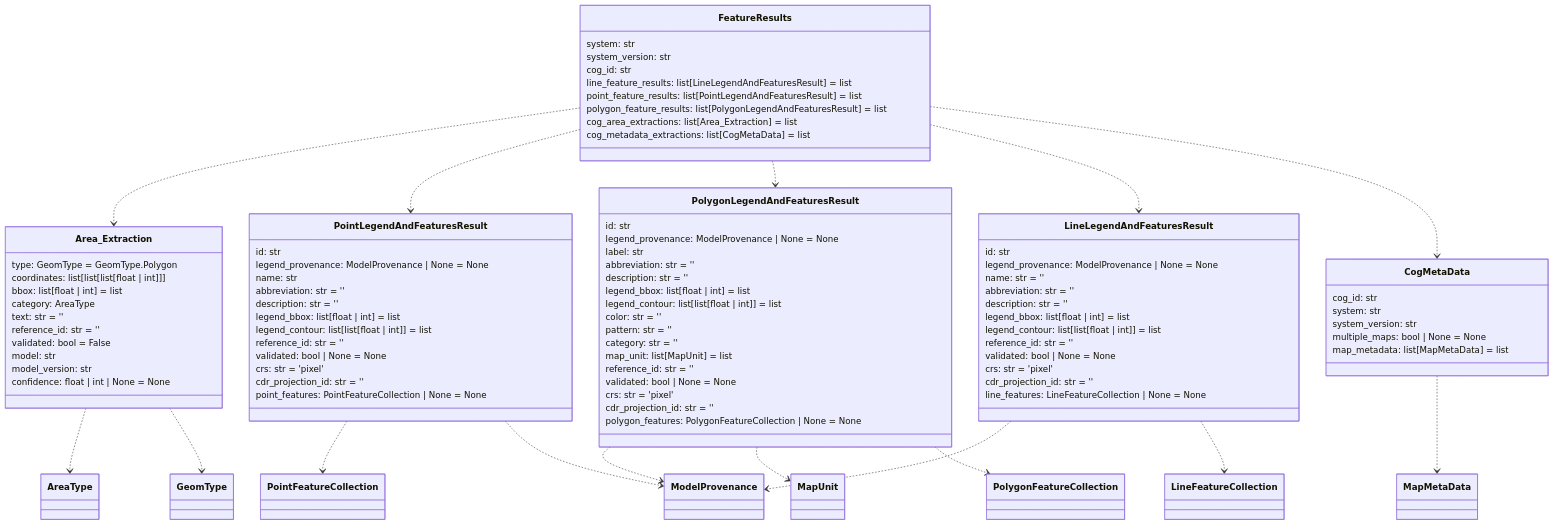
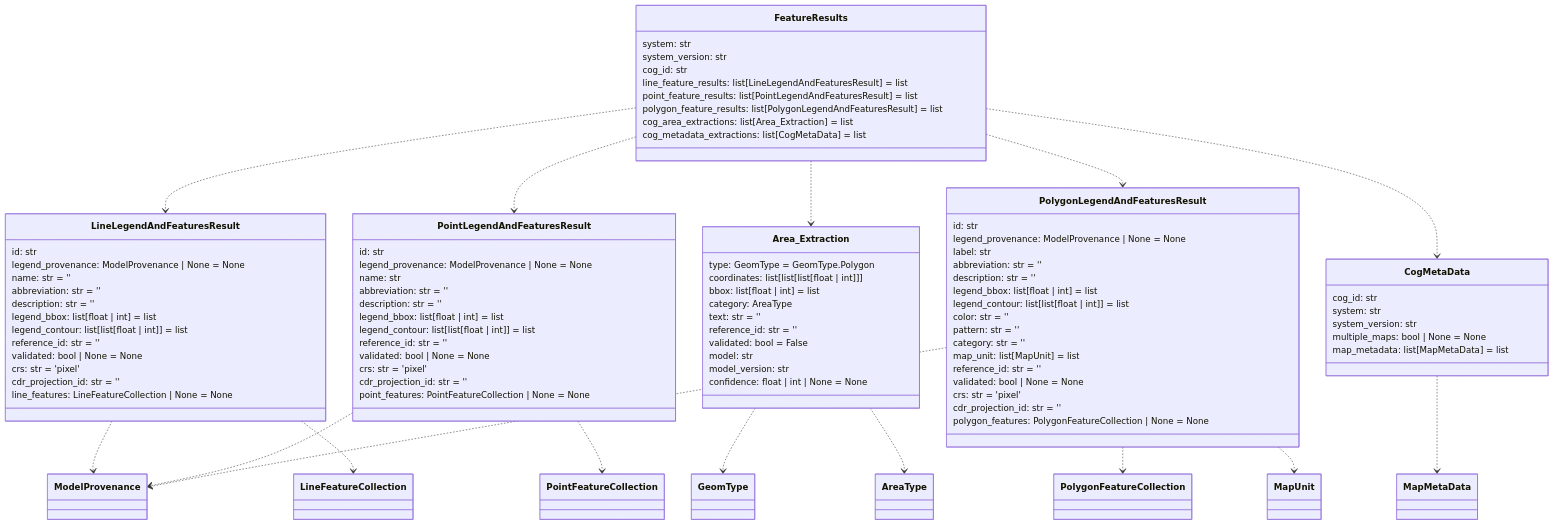
The fourth of 14 diagrams in README.md (DARPA-CRITICALMAAS/cdr_schemas), drawn with Mermaid before and after one commit. The commit also changed other lines of this file and 1 other file, not shown here.

First line of the commit message:
Updated schema for BNN

````diff
--- a/README.md
+++ b/README.md
@@ -258,5 +258,20 @@
 ```mermaid
 classDiagram
+
+    class LineLegendAndFeaturesResult {
+        id: str
+        legend_provenance: ModelProvenance | None = None
+        name: str = ''
+        abbreviation: str = ''
+        description: str = ''
+        legend_bbox: list[float | int] = list
+        legend_contour: list[list[float | int]] = list
+        reference_id: str = ''
+        validated: bool | None = None
+        crs: str = 'pixel'
+        cdr_projection_id: str = ''
+        line_features: LineFeatureCollection | None = None
+    }
 
     class Area_Extraction {
         type: GeomType = GeomType.Polygon
@@ -305,19 +320,12 @@
         polygon_features: PolygonFeatureCollection | None = None
     }
 
-    class LineLegendAndFeaturesResult {
-        id: str
-        legend_provenance: ModelProvenance | None = None
-        name: str = ''
-        abbreviation: str = ''
-        description: str = ''
-        legend_bbox: list[float | int] = list
-        legend_contour: list[list[float | int]] = list
-        reference_id: str = ''
-        validated: bool | None = None
-        crs: str = 'pixel'
-        cdr_projection_id: str = ''
-        line_features: LineFeatureCollection | None = None
+    class CogMetaData {
+        cog_id: str
+        system: str
+        system_version: str
+        multiple_maps: bool | None = None
+        map_metadata: list[MapMetaData] = list
     }
 
     class FeatureResults {
@@ -331,28 +339,20 @@
         cog_metadata_extractions: list[CogMetaData] = list
     }
 
-    class CogMetaData {
-        cog_id: str
-        system: str
-        system_version: str
-        multiple_maps: bool | None = None
-        map_metadata: list[MapMetaData] = list
-    }
-
+    Area_Extraction ..> GeomType
     Area_Extraction ..> AreaType
-    Area_Extraction ..> GeomType
     LineLegendAndFeaturesResult ..> ModelProvenance
     LineLegendAndFeaturesResult ..> LineFeatureCollection
+    PointLegendAndFeaturesResult ..> ModelProvenance
     PointLegendAndFeaturesResult ..> PointFeatureCollection
-    PointLegendAndFeaturesResult ..> ModelProvenance
+    PolygonLegendAndFeaturesResult ..> PolygonFeatureCollection
+    PolygonLegendAndFeaturesResult ..> MapUnit
     PolygonLegendAndFeaturesResult ..> ModelProvenance
-    PolygonLegendAndFeaturesResult ..> MapUnit
-    PolygonLegendAndFeaturesResult ..> PolygonFeatureCollection
     CogMetaData ..> MapMetaData
+    FeatureResults ..> LineLegendAndFeaturesResult
+    FeatureResults ..> PointLegendAndFeaturesResult
     FeatureResults ..> Area_Extraction
-    FeatureResults ..> PointLegendAndFeaturesResult
     FeatureResults ..> PolygonLegendAndFeaturesResult
-    FeatureResults ..> LineLegendAndFeaturesResult
     FeatureResults ..> CogMetaData
 
 
````
